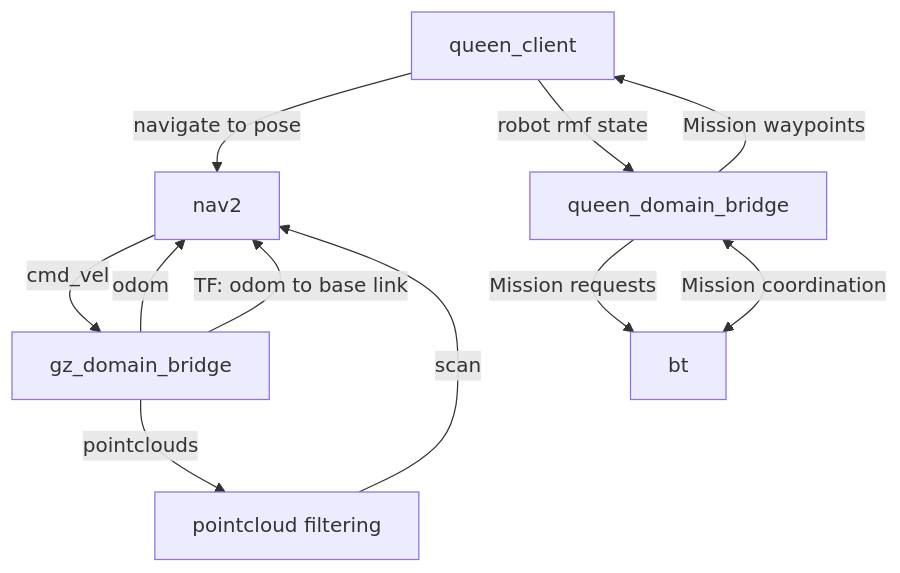
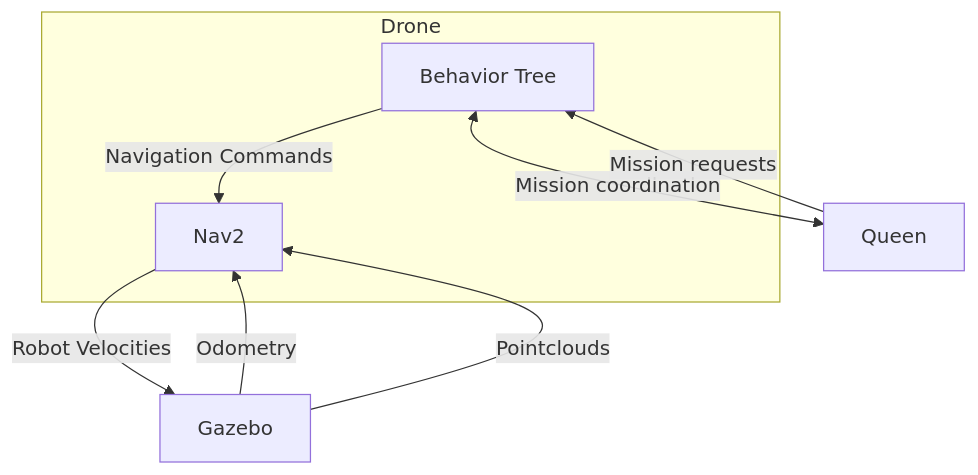
Before and after one commit to keenan88/ant-drone-ros2: the diagram in README.md, drawn with Mermaid.

````diff
--- a/README.md
+++ b/README.md
@@ -39,13 +39,14 @@
 ```mermaid
 flowchart TD
-    nav2["nav2"] -- cmd_vel --> gz_domain_bridge["gz_domain_bridge"]
-    gz_domain_bridge -- odom --> nav2
-    gz_domain_bridge -- TF: odom to base link --> nav2
-    queen_client -- navigate to pose --> nav2
-    queen_client -- robot rmf state --> queen_domain_bridge
-    gz_domain_bridge -- pointclouds --> pointcloud_filtering["pointcloud filtering"]
-    pointcloud_filtering -- scan --> nav2
-    queen_domain_bridge -- "Mission waypoints" --> queen_client
-    bt <-- Mission coordination --> queen_domain_bridge
-    queen_domain_bridge -- Mission requests --> bt
+    subgraph Drone
+        Nav2["Nav2"]
+        bt["Behavior Tree"]
+    end
+    Nav2 -- Robot Velocities --> Gazebo["Gazebo"]
+    Gazebo -- Odometry --> Nav2
+    bt -- Navigation Commands --> Nav2
+    Gazebo -- Pointclouds --> Nav2
+    bt <-- Mission coordination --> Queen
+    Queen -- Mission requests --> bt
+
 ```
````
